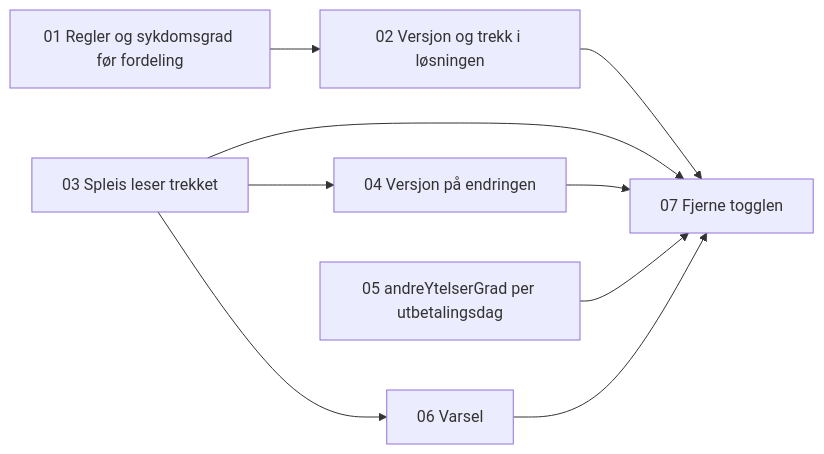
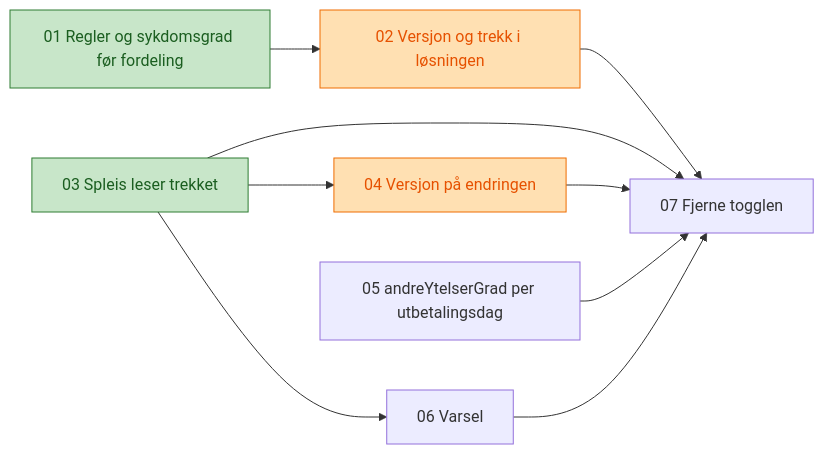
Before and after one commit to navikt/helse-sas-meta: the diagram in docs/tickets/graderte-andre-ytelser/index.md, drawn with Mermaid. The commit also changed other lines of this file and 1 other file, not shown here.

Commit message:
📝 Oppdater ticket 04 for graderte andre ytelser til pågår

````diff
--- a/docs/tickets/graderte-andre-ytelser/index.md
+++ b/docs/tickets/graderte-andre-ytelser/index.md
@@ -15,11 +15,16 @@
 ```mermaid
 flowchart LR
     T01[01 Regler og sykdomsgrad før fordeling] --> T02[02 Versjon og trekk i løsningen]
     T03[03 Spleis leser trekket] --> T04[04 Versjon på endringen]
     T03 --> T06[06 Varsel]
     T02 --> T07[07 Fjerne togglen]
     T03 --> T07
     T04 --> T07
     T05[05 andreYtelserGrad per utbetalingsdag] --> T07
     T06 --> T07
+
+    classDef ferdig fill:#c8e6c9,stroke:#2e7d32,color:#1b5e20
+    classDef pagar fill:#ffe0b2,stroke:#ef6c00,color:#e65100
+    class T01,T03 ferdig
+    class T02,T04 pagar
 ```
````
